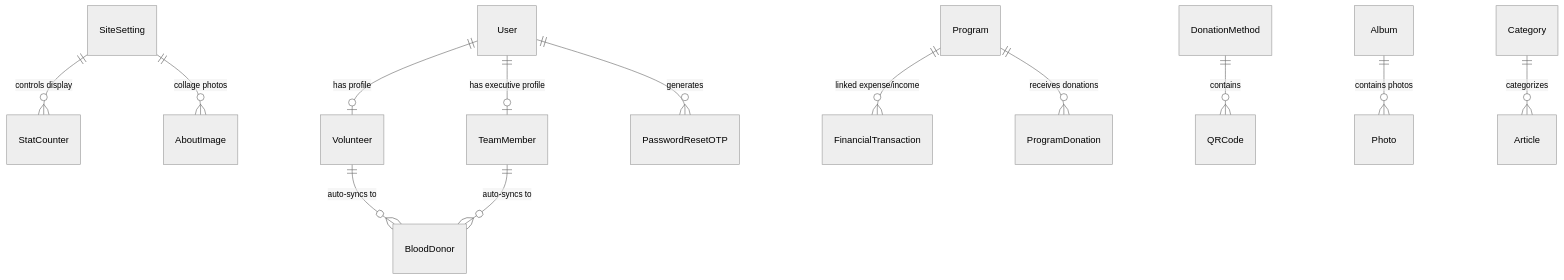
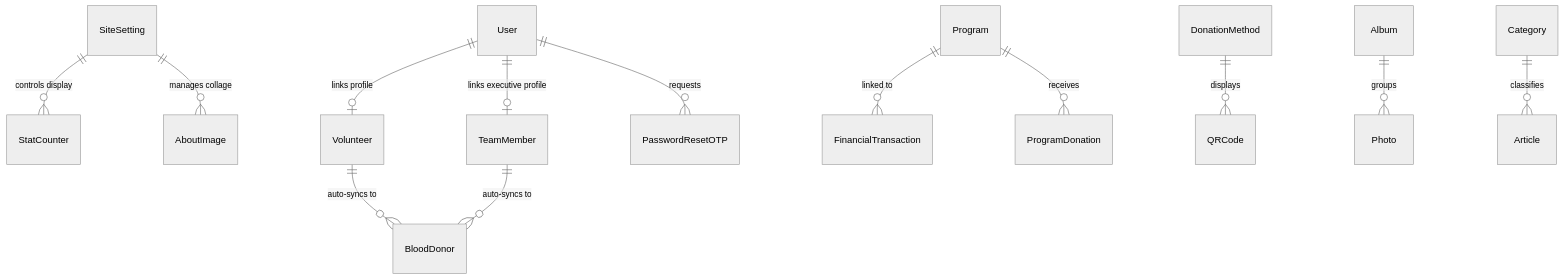
One commit to hijbullahx/hello_naogaon changed the second of 2 diagrams in README.md. Above: the diagram before and after it, drawn with Mermaid (neutral theme). The commit also changed other lines of this file, not shown here.

````diff
--- a/README.md
+++ b/README.md
@@ -342,19 +341,19 @@
 ```mermaid
 erDiagram
     SiteSetting ||--o{ StatCounter : "controls display"
-    SiteSetting ||--o{ AboutImage : "collage photos"
+    SiteSetting ||--o{ AboutImage : "manages collage"
     
-    User ||--o| Volunteer : "has profile"
-    User ||--o| TeamMember : "has executive profile"
-    User ||--o{ PasswordResetOTP : "generates"
+    User ||--o| Volunteer : "links profile"
+    User ||--o| TeamMember : "links executive profile"
+    User ||--o{ PasswordResetOTP : "requests"
     
     Volunteer ||--o{ BloodDonor : "auto-syncs to"
     TeamMember ||--o{ BloodDonor : "auto-syncs to"
     
-    Program ||--o{ FinancialTransaction : "linked expense/income"
-    Program ||--o{ ProgramDonation : "receives donations"
+    Program ||--o{ FinancialTransaction : "linked to"
+    Program ||--o{ ProgramDonation : "receives"
     
-    DonationMethod ||--o{ QRCode : "contains"
-    Album ||--o{ Photo : "contains photos"
-    Category ||--o{ Article : "categorizes"
+    DonationMethod ||--o{ QRCode : "displays"
+    Album ||--o{ Photo : "groups"
+    Category ||--o{ Article : "classifies"
 ```
````
